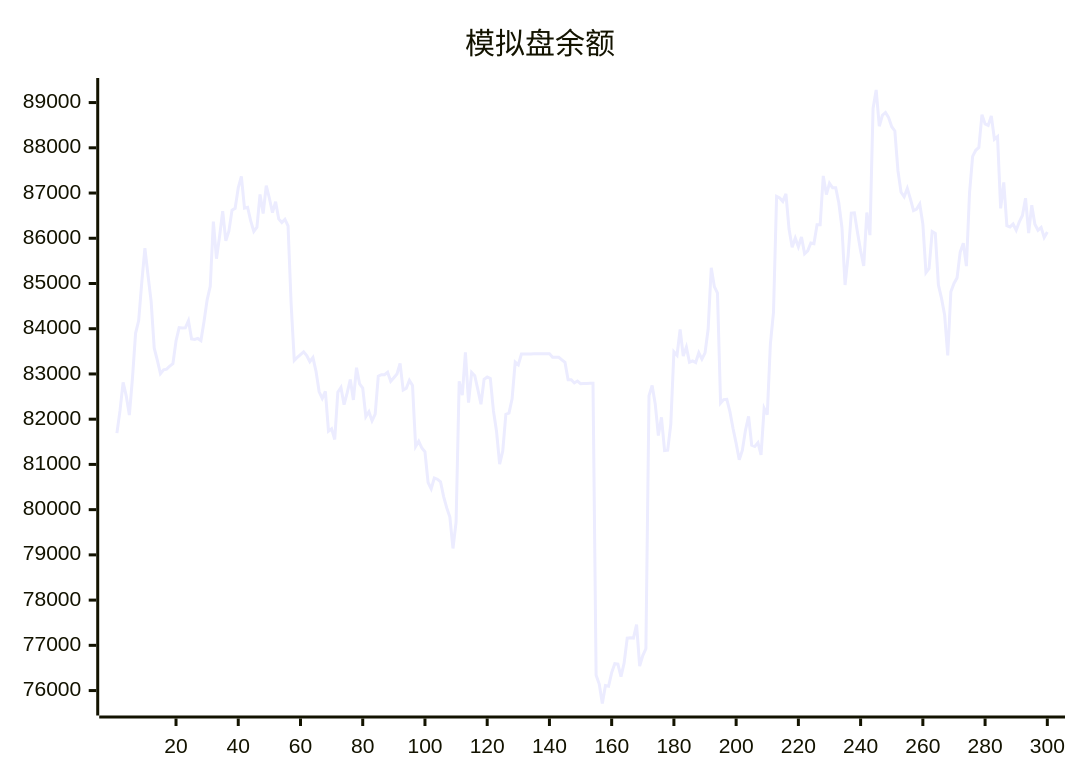
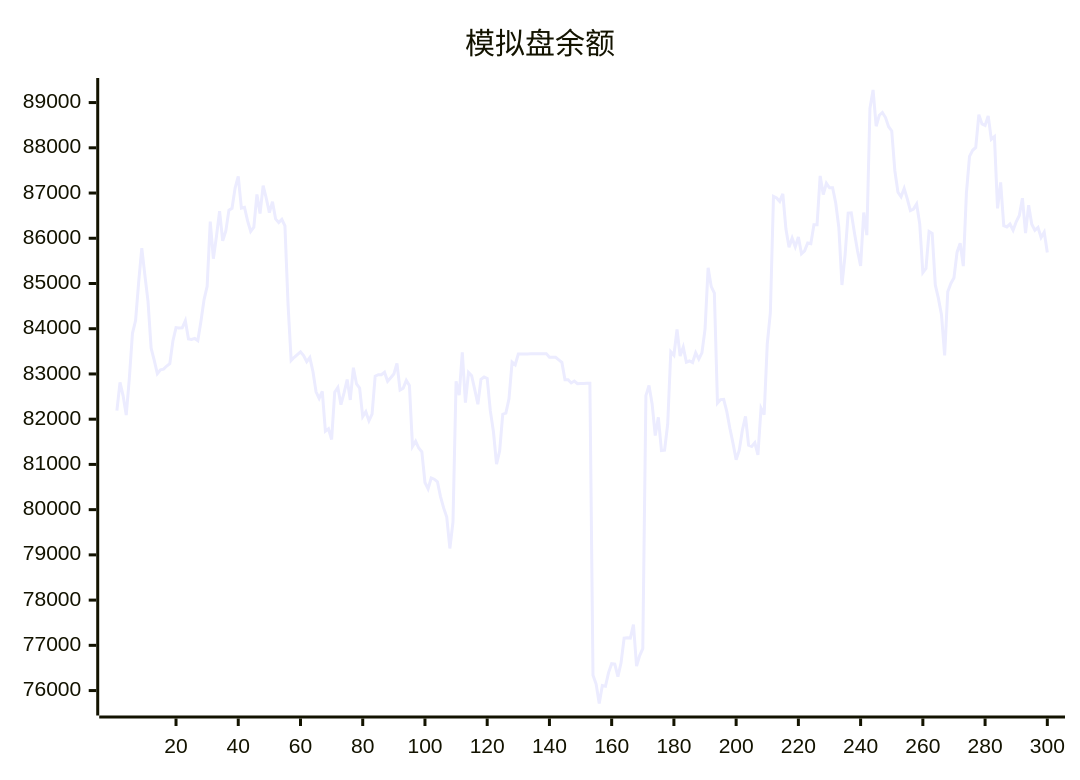
Before and after one commit to aahl/ai-trading: the diagram in README.md, drawn with Mermaid. The commit also changed other lines of this file and 1 other file, not shown here.

````diff
--- a/README.md
+++ b/README.md
@@ -5,5 +5,5 @@
 ```mermaid
 xychart
     title "模拟盘余额"
-    line [81691,82188,82812,82517,82092,82901,83898,84180,85030,85781,85178,84604,83569,83298,83008,83093,83107,83175,83228,83729,84025,84017,84019,84177,83775,83762,83785,83738,84160,84639,84939,86370,85548,86046,86599,85942,86161,86622,86664,87115,87369,86666,86685,86384,86152,86243,86969,86548,87164,86885,86566,86809,86427,86348,86417,86273,84538,83299,83369,83430,83490,83404,83270,83362,83056,82605,82459,82614,81734,81788,81551,82598,82702,82320,82580,82878,82426,83139,82778,82686,82056,82166,81963,82110,82951,82983,82984,83038,82838,82915,82998,83235,82642,82682,82858,82746,81396,81512,81362,81277,80600,80461,80699,80673,80616,80288,80038,79836,79142,79722,82837,82533,83480,82366,83032,82960,82654,82330,82883,82934,82901,82188,81728,81005,81298,82110,82135,82449,83264,83203,83440,83439,83440,83440,83446,83447,83448,83447,83448,83449,83369,83369,83369,83313,83256,82872,82873,82801,82844,82785,82791,82791,82793,82794,76339,76145,75714,76110,76096,76397,76594,76585,76310,76607,77160,77170,77160,77456,76541,76774,76927,82520,82744,82337,81639,82040,81307,81314,81887,83490,83414,83984,83396,83594,83261,83287,83253,83470,83327,83465,83987,85348,84930,84786,82355,82433,82438,82167,81795,81466,81105,81315,81756,82064,81426,81398,81481,81210,82242,82099,83658,84359,86925,86892,86814,86980,86203,85802,86003,85811,86028,85657,85721,85896,85880,86300,86299,87378,86965,87214,87115,87118,86780,86238,84966,85623,86555,86562,86129,85722,85387,86569,86070,88870,89278,88477,88720,88781,88668,88467,88372,87493,87018,86917,87102,86870,86613,86644,86758,86317,85242,85334,86149,86106,84968,84671,84302,83410,84816,85001,85127,85693,85891,85384,87001,87811,87945,88007,88734,88528,88495,88705,88189,88248,86662,87234,86279,86251,86314,86177,86364,86503,86886,86114,86731,86310,86176,86240,86017,86136]
+    line [82188,82812,82517,82092,82901,83898,84180,85030,85781,85178,84604,83569,83298,83008,83093,83107,83175,83228,83729,84025,84017,84019,84177,83775,83762,83785,83738,84160,84639,84939,86370,85548,86046,86599,85942,86161,86622,86664,87115,87369,86666,86685,86384,86152,86243,86969,86548,87164,86885,86566,86809,86427,86348,86417,86273,84538,83299,83369,83430,83490,83404,83270,83362,83056,82605,82459,82614,81734,81788,81551,82598,82702,82320,82580,82878,82426,83139,82778,82686,82056,82166,81963,82110,82951,82983,82984,83038,82838,82915,82998,83235,82642,82682,82858,82746,81396,81512,81362,81277,80600,80461,80699,80673,80616,80288,80038,79836,79142,79722,82837,82533,83480,82366,83032,82960,82654,82330,82883,82934,82901,82188,81728,81005,81298,82110,82135,82449,83264,83203,83440,83439,83440,83440,83446,83447,83448,83447,83448,83449,83369,83369,83369,83313,83256,82872,82873,82801,82844,82785,82791,82791,82793,82794,76339,76145,75714,76110,76096,76397,76594,76585,76310,76607,77160,77170,77160,77456,76541,76774,76927,82520,82744,82337,81639,82040,81307,81314,81887,83490,83414,83984,83396,83594,83261,83287,83253,83470,83327,83465,83987,85348,84930,84786,82355,82433,82438,82167,81795,81466,81105,81315,81756,82064,81426,81398,81481,81210,82242,82099,83658,84359,86925,86892,86814,86980,86203,85802,86003,85811,86028,85657,85721,85896,85880,86300,86299,87378,86965,87214,87115,87118,86780,86238,84966,85623,86555,86562,86129,85722,85387,86569,86070,88870,89278,88477,88720,88781,88668,88467,88372,87493,87018,86917,87102,86870,86613,86644,86758,86317,85242,85334,86149,86106,84968,84671,84302,83410,84816,85001,85127,85693,85891,85384,87001,87811,87945,88007,88734,88528,88495,88705,88189,88248,86662,87234,86279,86251,86314,86177,86364,86503,86886,86114,86731,86310,86176,86240,86017,86136,85685]
 ```
````
